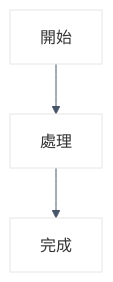
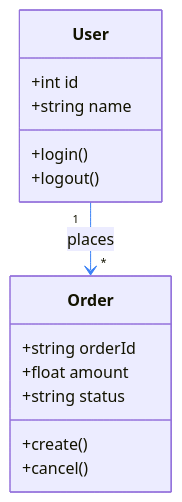
Before and after one commit to ChiahungTai/ai-rules: the fifth of 8 diagrams in skills/mermaid/SKILL.md, drawn with Mermaid. The commit also changed other lines of this file and 4 other files, not shown here.

First line of the commit message:
refactor(mermaid): 採用實用主義配置，簡化 Mermaid Skill 架構

````diff
--- a/skills/mermaid/SKILL.md
+++ b/skills/mermaid/SKILL.md
@@ -319,16 +138,25 @@
 ```mermaid
 %%{init: {
-  'theme': 'base',
+  'theme': 'default',
   'themeVariables': {
-    'background': 'transparent',
-    'lineColor': '#475569',
-    'textColor': '#111827',
-    'primaryColor': '#ffffff',
-    'secondaryColor': '#ffffff',
-    'tertiaryColor': '#ffffff'
+    'lineColor': '#3b82f6'
   }
 }}%%
-graph TD
-    A[開始] --> B[處理]
-    B --> C[完成]
+classDiagram
+    class User {
+        +int id
+        +string name
+        +login()
+        +logout()
+    }
+
+    class Order {
+        +string orderId
+        +float amount
+        +string status
+        +create()
+        +cancel()
+    }
+
+    User "1" --> "*" Order : places
 ```
````
